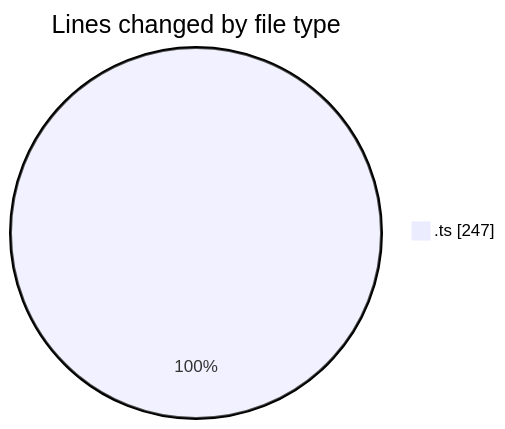
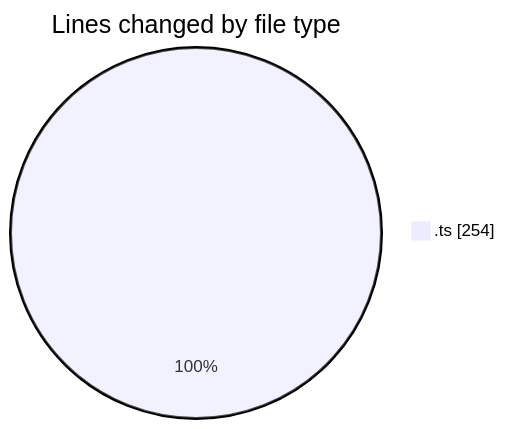
The first of 2 diagrams in 2025-01-14/github-activity-tracker/README.md (momahboobian/code-tracking), drawn with Mermaid before and after one commit. The commit also changed other lines of this file and 1 other file, not shown here.

````diff
--- a/2025-01-14/github-activity-tracker/README.md
+++ b/2025-01-14/github-activity-tracker/README.md
@@ -25,5 +25,5 @@
 ```mermaid
 pie showData
 title Lines changed by file type
-".ts" : 247
+".ts" : 254
 ```
````
